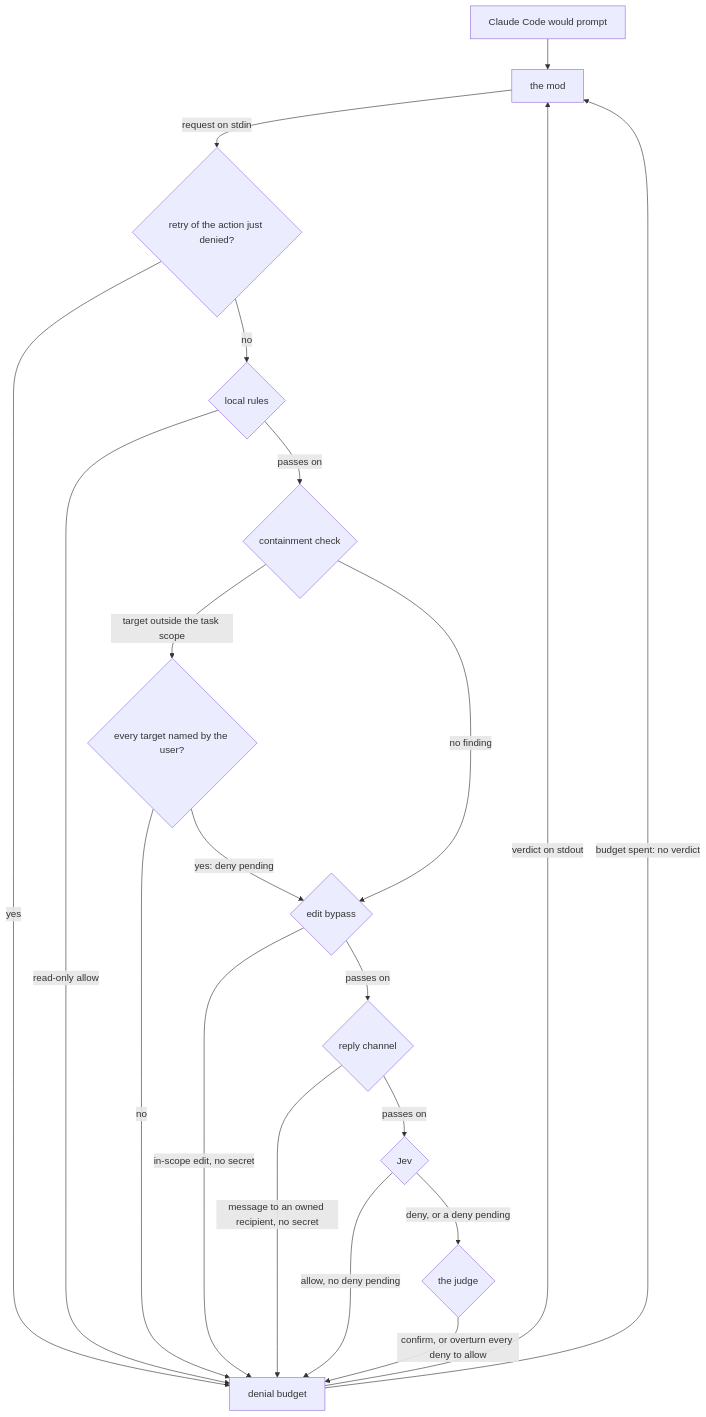
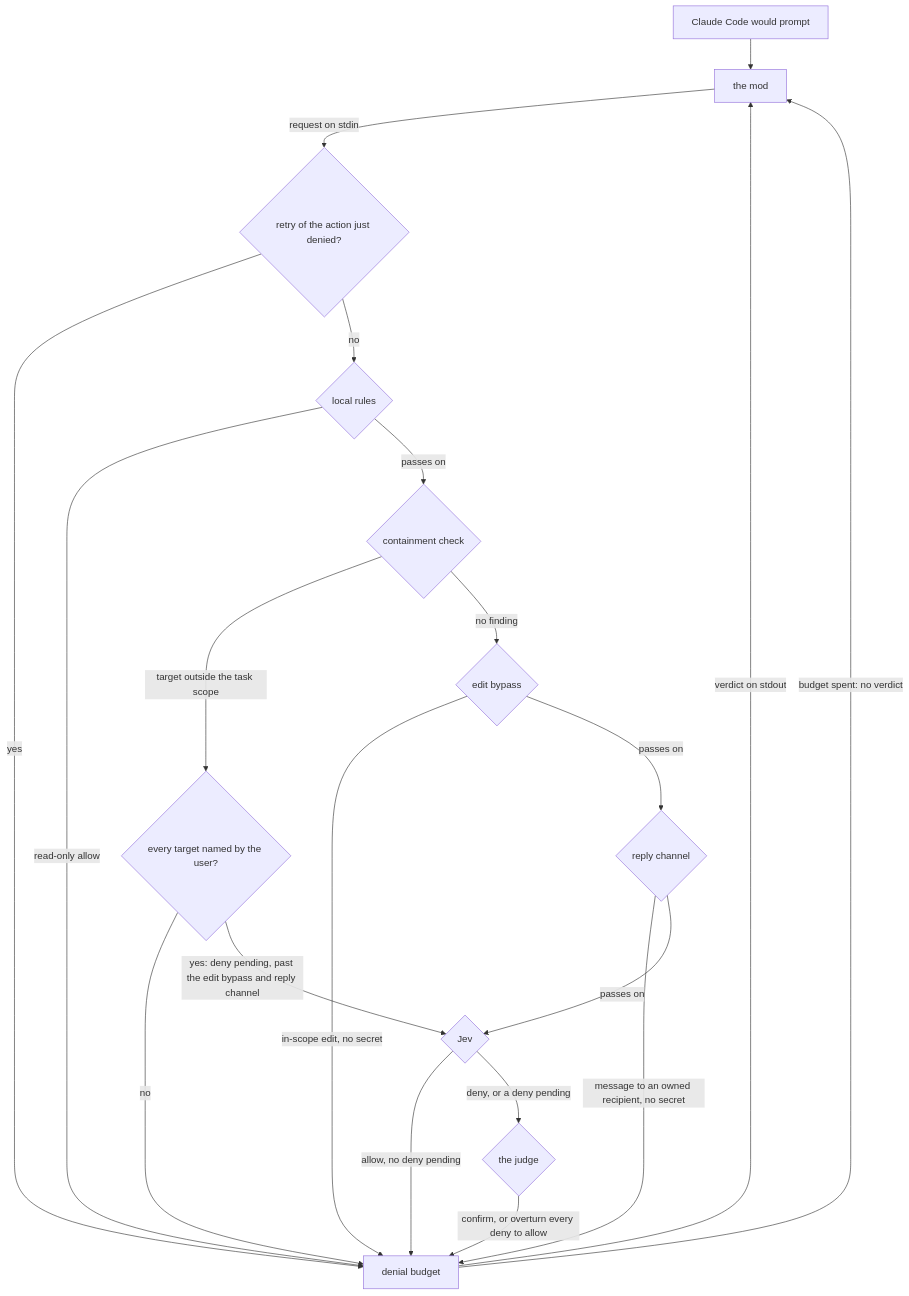
One commit to zgeoff/auto-mode changed the first of 2 diagrams in docs/architecture/overview.md. Above: the diagram before and after it, drawn with Mermaid. The commit also changed other lines of this file and 2 other files, not shown here.

````diff
--- a/docs/architecture/overview.md
+++ b/docs/architecture/overview.md
@@ -20,22 +20,22 @@
 ```mermaid
 flowchart TD
   P["Claude Code would prompt"] --> M["the mod"]
   M -->|"request on stdin"| R{"retry of the action just denied?"}
   R -->|yes| B
   R -->|no| L{"local rules"}
   L -->|"read-only allow"| B
   L -->|"passes on"| C{"containment check"}
   C -->|"target outside the task scope"| N{"every target named by the user?"}
   N -->|no| B
-  N -->|"yes: deny pending"| E
+  N -->|"yes: deny pending, past the edit bypass and reply channel"| J
   C -->|"no finding"| E{"edit bypass"}
   E -->|"in-scope edit, no secret"| B
   E -->|"passes on"| RC{"reply channel"}
   RC -->|"message to an owned recipient, no secret"| B
   RC -->|"passes on"| J{"Jev"}
   J -->|"allow, no deny pending"| B
   J -->|"deny, or a deny pending"| G{"the judge"}
   G -->|"confirm, or overturn every deny to allow"| B["denial budget"]
   B -->|"verdict on stdout"| M
   B -->|"budget spent: no verdict"| M
 ```
````
